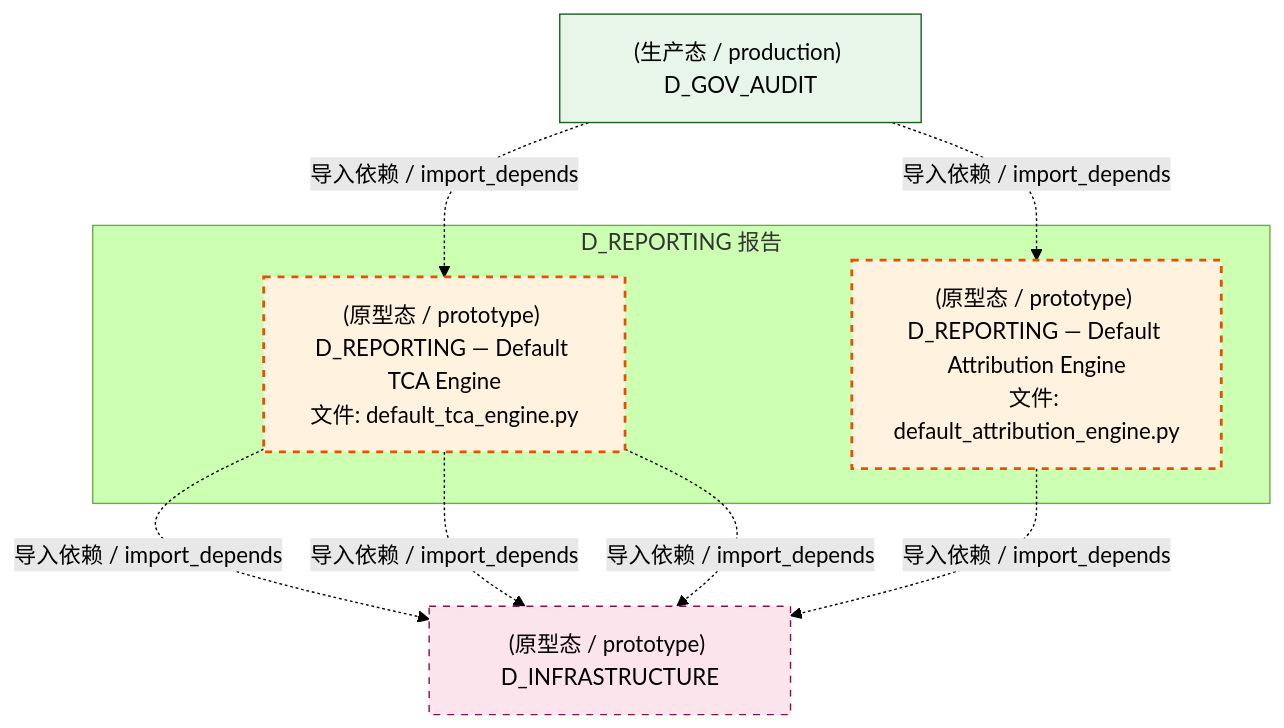
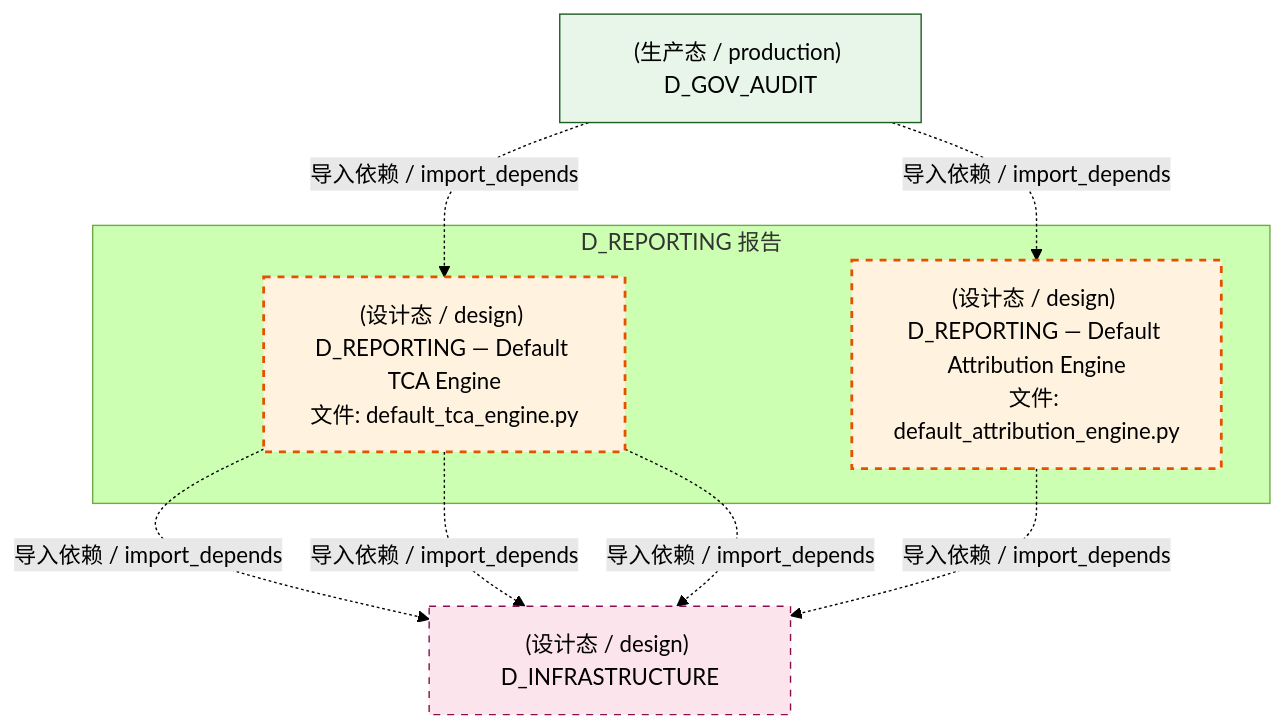
The third of 4 diagrams in docs/02_enterprise_architecture/02_domain_architecture_docs/23_d_reporting.md (xuanFelixVan/ZephyrAlpha), drawn with Mermaid (forest theme) before and after one commit. The commit also changed other lines of this file and 177 other files, not shown here.

````diff
--- a/docs/02_enterprise_architecture/02_domain_architecture_docs/23_d_reporting.md
+++ b/docs/02_enterprise_architecture/02_domain_architecture_docs/23_d_reporting.md
@@ -132,22 +131,22 @@
 ```mermaid
 graph TD
     subgraph D_REPORTING["D_REPORTING 报告"]
-        src_zephyr_reporting_default_attribution_engine_py["(原型态 / prototype) D_REPORTING — Default Attribution Engine<br/>文件: default_attribution_engine.py"]
-        src_zephyr_reporting_default_tca_engine_py["(原型态 / prototype) D_REPORTING — Default TCA Engine<br/>文件: default_tca_engine.py"]
+        src_zephyr_reporting_default_attribution_engine_py["(设计态 / design) D_REPORTING — Default Attribution Engine<br/>文件: default_attribution_engine.py"]
+        src_zephyr_reporting_default_tca_engine_py["(设计态 / design) D_REPORTING — Default TCA Engine<br/>文件: default_tca_engine.py"]
     end
-    D_INFRASTRUCTURE["(原型态 / prototype) D_INFRASTRUCTURE"]
+    D_INFRASTRUCTURE["(设计态 / design) D_INFRASTRUCTURE"]
     src_zephyr_reporting_default_tca_engine_py -.->|导入依赖 / import_depends| D_INFRASTRUCTURE
     src_zephyr_reporting_default_tca_engine_py -.->|导入依赖 / import_depends| D_INFRASTRUCTURE
     src_zephyr_reporting_default_attribution_engine_py -.->|导入依赖 / import_depends| D_INFRASTRUCTURE
     src_zephyr_reporting_default_tca_engine_py -.->|导入依赖 / import_depends| D_INFRASTRUCTURE
     D_GOV_AUDIT["(生产态 / production) D_GOV_AUDIT"]
     D_GOV_AUDIT -.->|导入依赖 / import_depends| src_zephyr_reporting_default_tca_engine_py
     D_GOV_AUDIT -.->|导入依赖 / import_depends| src_zephyr_reporting_default_attribution_engine_py
     classDef production fill:#e1f5fe,stroke:#01579b,stroke-width:2px,color:#000
     classDef design fill:#fff3e0,stroke:#e65100,stroke-width:2px,color:#000,stroke-dasharray: 5 5
     classDef external_prod fill:#e8f5e9,stroke:#1b5e20,stroke-width:1px,color:#000
     classDef external_design fill:#fce4ec,stroke:#880e4f,stroke-width:1px,color:#000,stroke-dasharray: 5 5
     class src_zephyr_reporting_default_attribution_engine_py,src_zephyr_reporting_default_tca_engine_py design
     class D_GOV_AUDIT external_prod
     class D_INFRASTRUCTURE external_design
 ```
````
